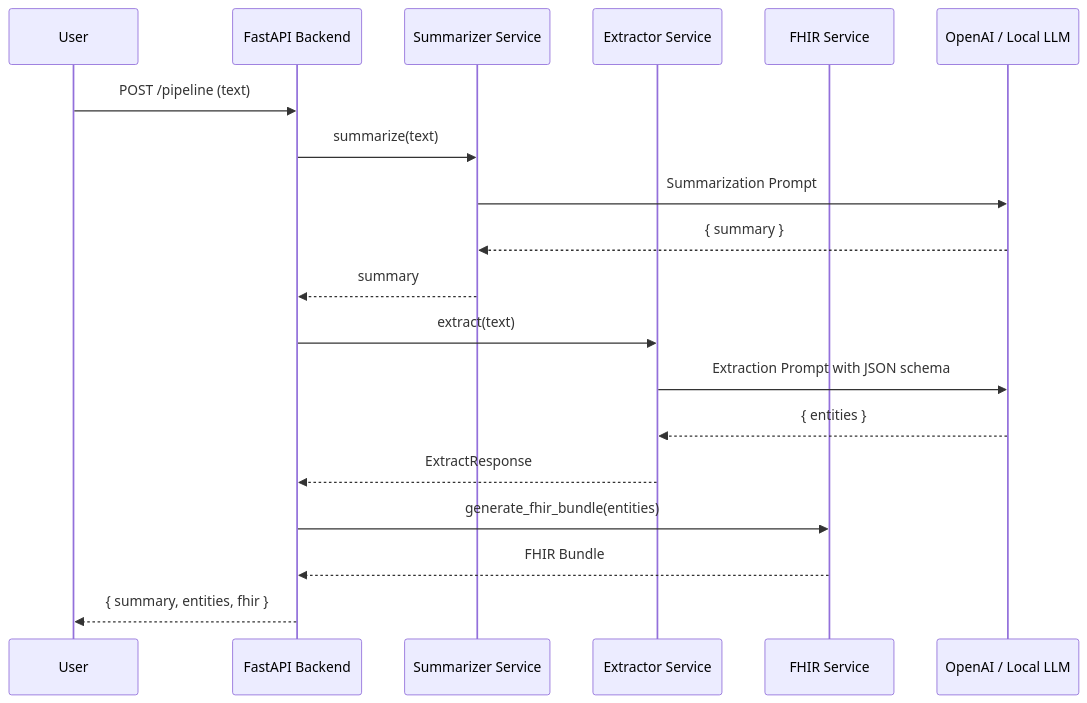
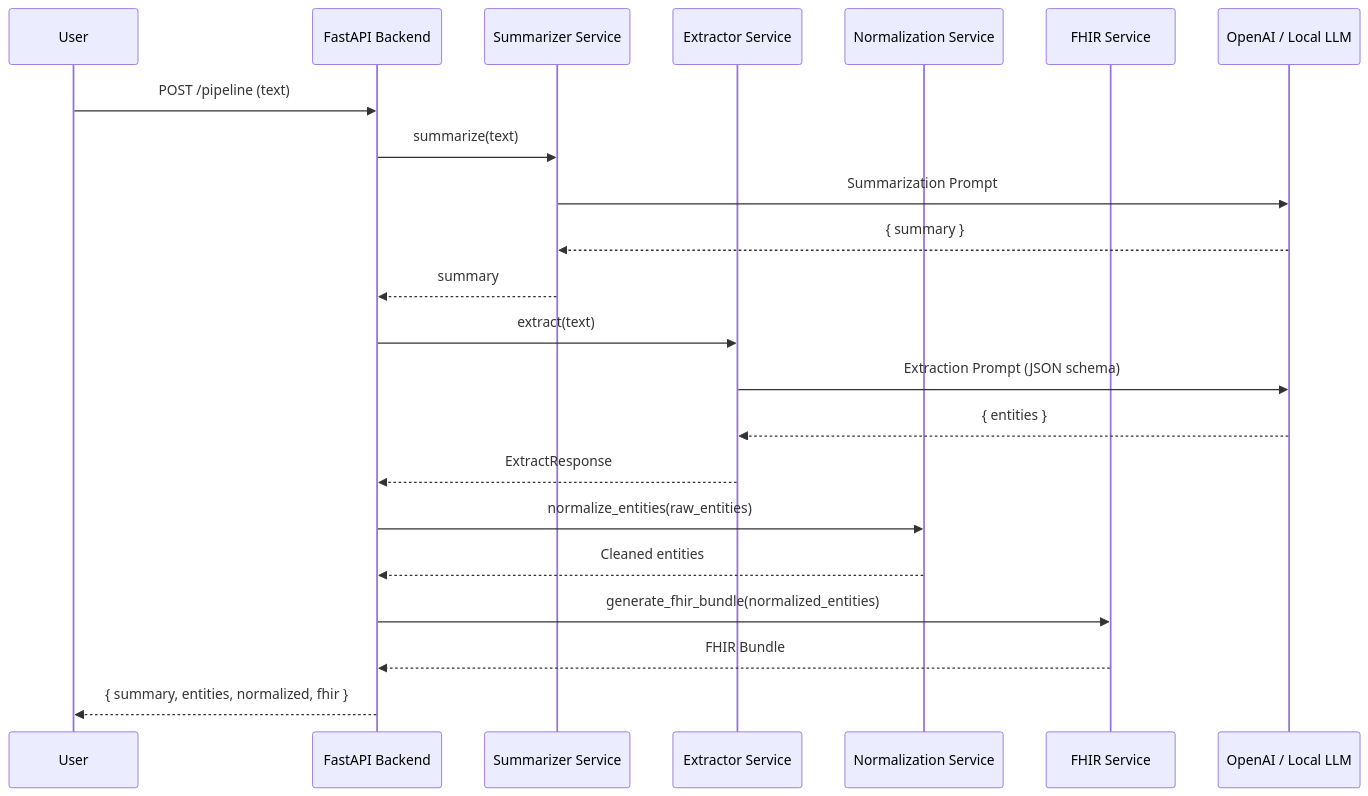
The first of 2 diagrams in docs/architecture.md (bngetich/doctor-notes-app), drawn with Mermaid before and after one commit. The commit also changed other lines of this file and 1 other file, not shown here.

Commit message:
docs: update README and architecture docs to include normalization layer

````diff
--- a/docs/architecture.md
+++ b/docs/architecture.md
@@ -39,25 +22,29 @@
 ```mermaid
 sequenceDiagram
     participant User
     participant Backend as FastAPI Backend
     participant Sum as Summarizer Service
     participant Ext as Extractor Service
+    participant Norm as Normalization Service
     participant FHIR as FHIR Service
     participant LLM as OpenAI / Local LLM
 
     User->>Backend: POST /pipeline (text)
     Backend->>Sum: summarize(text)
     Sum->>LLM: Summarization Prompt
     LLM-->>Sum: { summary }
     Sum-->>Backend: summary
 
     Backend->>Ext: extract(text)
-    Ext->>LLM: Extraction Prompt with JSON schema
+    Ext->>LLM: Extraction Prompt (JSON schema)
     LLM-->>Ext: { entities }
     Ext-->>Backend: ExtractResponse
 
-    Backend->>FHIR: generate_fhir_bundle(entities)
+    Backend->>Norm: normalize_entities(raw_entities)
+    Norm-->>Backend: Cleaned entities
+
+    Backend->>FHIR: generate_fhir_bundle(normalized_entities)
     FHIR-->>Backend: FHIR Bundle
 
-    Backend-->>User: { summary, entities, fhir }
+    Backend-->>User: { summary, entities, normalized, fhir }
 ```
````
